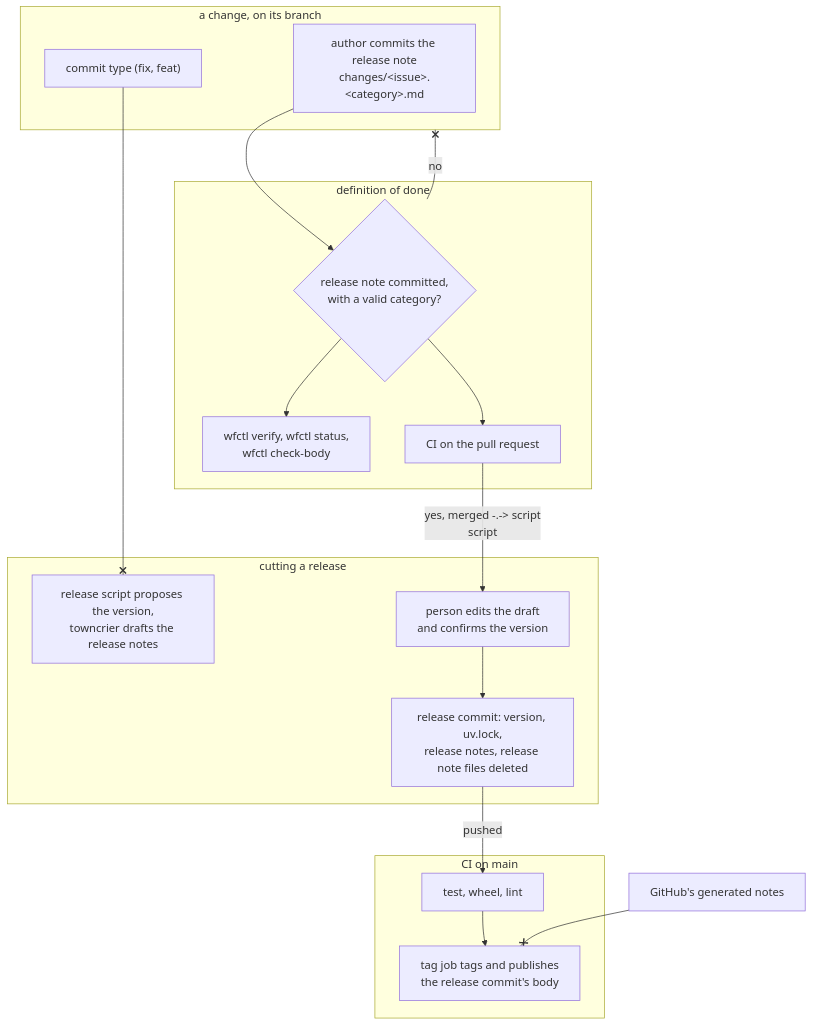
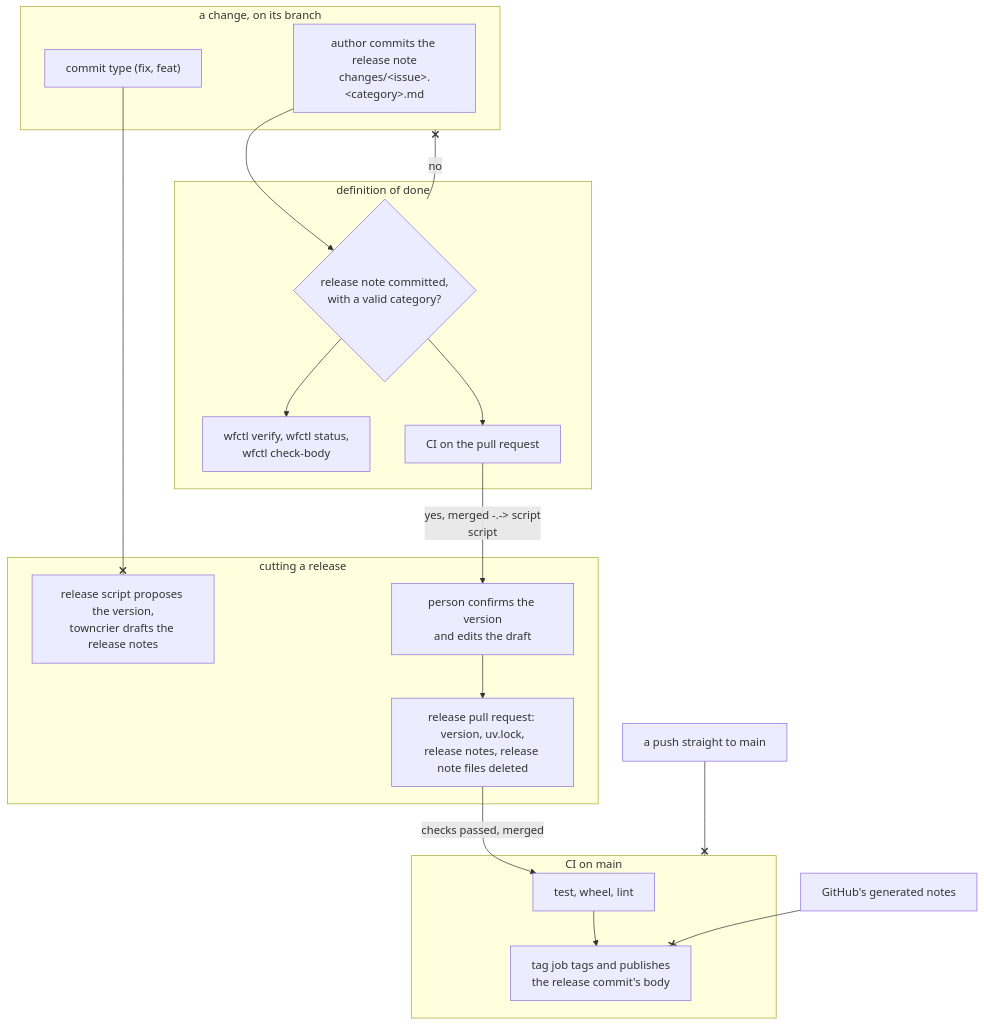
One commit to aamarin/wfctl changed the diagram in docs/architecture/change-carries-release-note.md. Above: the diagram before and after it, drawn with Mermaid. The commit also changed other lines of this file, not shown here.

First line of the commit message:
docs(architecture): send the release through its own pull request, with main protected (#571)

````diff
--- a/docs/architecture/change-carries-release-note.md
+++ b/docs/architecture/change-carries-release-note.md
@@ -163,30 +172,31 @@
 ```mermaid
 flowchart TB
   subgraph change["a change, on its branch"]
     author["author commits the release note<br/>changes/&lt;issue&gt;.&lt;category&gt;.md"]
     type["commit type (fix, feat)"]
   end
   subgraph done["definition of done"]
     verify{"release note committed,<br/>with a valid category?"}
     local["wfctl verify, wfctl status,<br/>wfctl check-body"]
     ci["CI on the pull request"]
   end
   subgraph cut["cutting a release"]
     script["release script proposes the version,<br/>towncrier drafts the release notes"]
-    person["person edits the draft<br/>and confirms the version"]
-    commit["release commit: version, uv.lock,<br/>release notes, release note files deleted"]
+    person["person confirms the version<br/>and edits the draft"]
+    commit["release pull request: version, uv.lock,<br/>release notes, release note files deleted"]
   end
   subgraph main["CI on main"]
     tests["test, wheel, lint"]
     tag["tag job tags and publishes<br/>the release commit's body"]
   end
   author --> verify
   verify --> local
   verify --> ci
   verify -- "no" --x change
   ci -- "yes, merged" -.-> script
   script --> person --> commit
-  commit -- "pushed" --> tests --> tag
+  commit -- "checks passed, merged" --> tests --> tag
   type --x script
   generated["GitHub's generated notes"] --x tag
+  push["a push straight to main"] --x main
 ```
````
